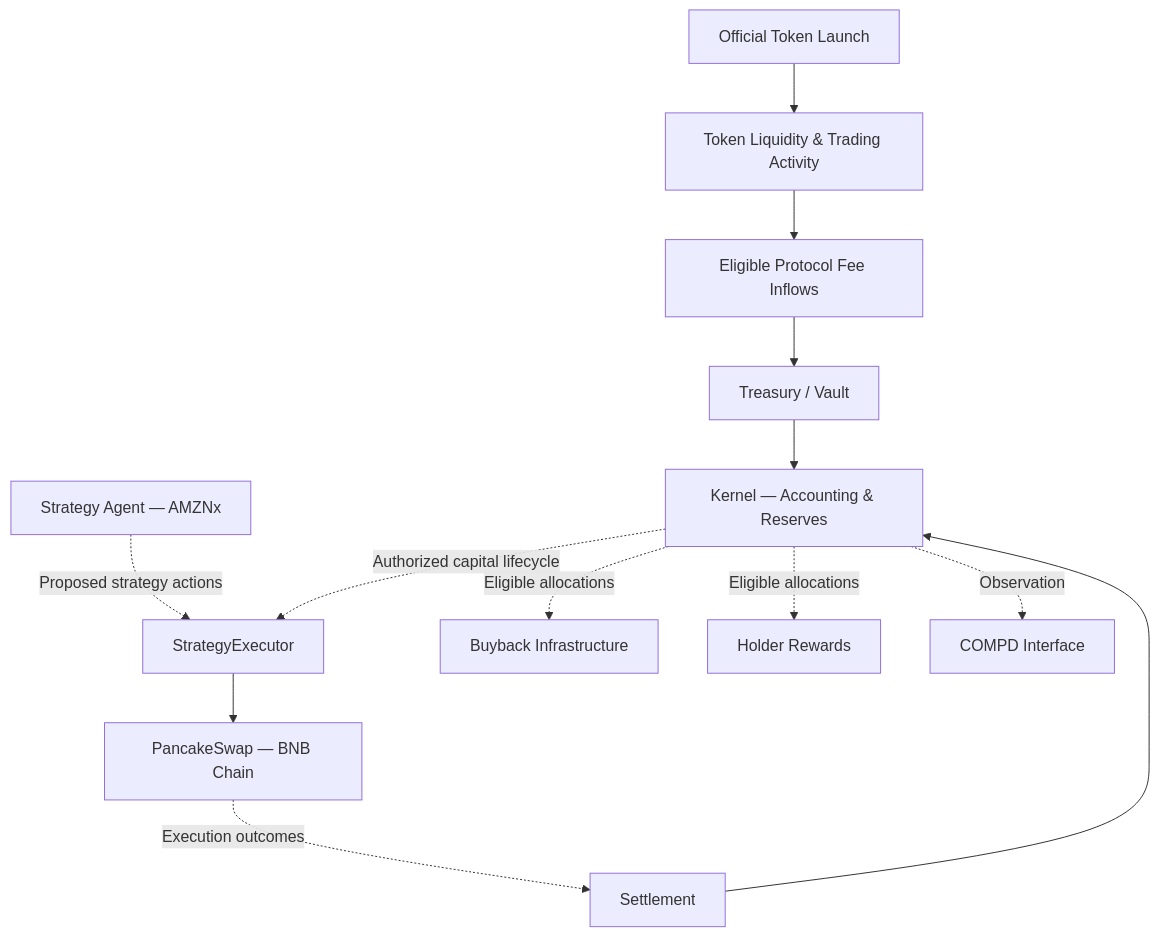
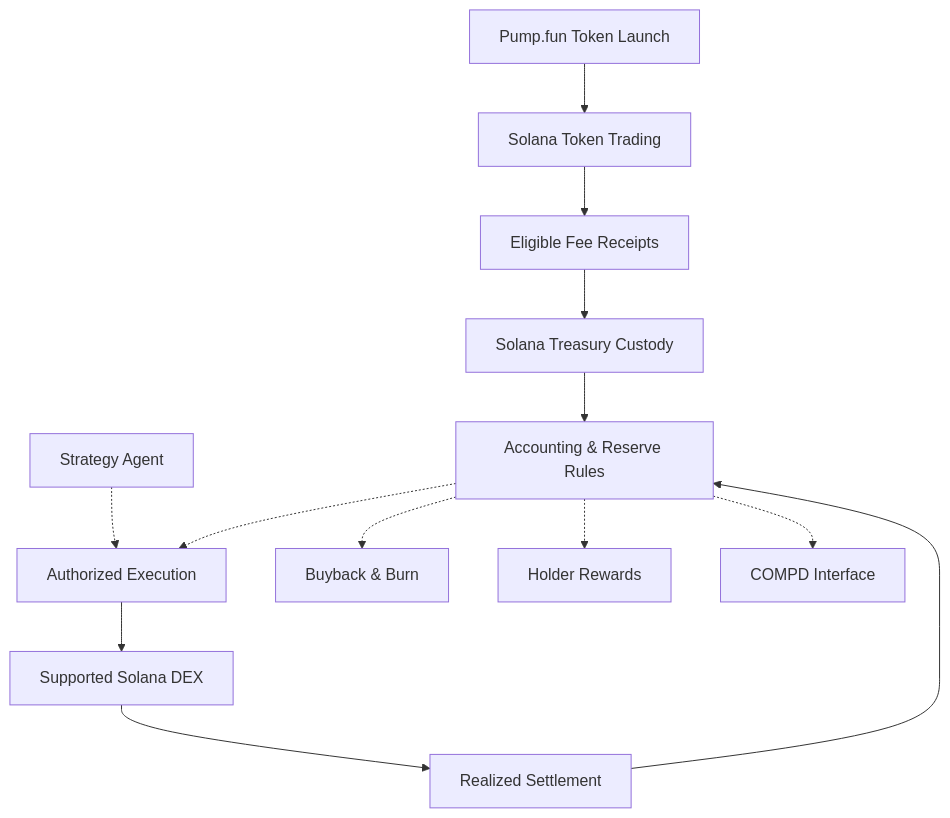
Before and after one commit to CompdProtocol/CompdProtocol: the first of 2 diagrams in README.md, drawn with Mermaid. The commit also changed other lines of this file, not shown here.

````diff
--- a/README.md
+++ b/README.md
@@ -89,28 +46,15 @@
 ```mermaid
 flowchart TD
-    A["Official Token Launch"]
-    B["Token Liquidity & Trading Activity"]
-    C["Eligible Protocol Fee Inflows"]
-    D["Treasury / Vault"]
-    E["Kernel — Accounting & Reserves"]
-    F["Strategy Agent — AMZNx"]
-    G["StrategyExecutor"]
-    H["PancakeSwap — BNB Chain"]
-    I["Settlement"]
-    J["Buyback Infrastructure"]
-    K["Holder Rewards"]
-    L["COMPD Interface"]
-
-    A --> B
-    B --> C
-    C --> D
-    D --> E
-    F -.->|"Proposed strategy actions"| G
-    E -.->|"Authorized capital lifecycle"| G
-    G --> H
-    H -.->|"Execution outcomes"| I
+    A["Pump.fun Token Launch"] --> B["Solana Token Trading"]
+    B --> C["Eligible Fee Receipts"]
+    C --> D["Solana Treasury Custody"]
+    D --> E["Accounting & Reserve Rules"]
+    F["Strategy Agent"] -.-> G["Authorized Execution"]
+    E -.-> G
+    G --> H["Supported Solana DEX"]
+    H --> I["Realized Settlement"]
     I --> E
-    E -.->|"Eligible allocations"| J
-    E -.->|"Eligible allocations"| K
-    E -.->|"Observation"| L
+    E -.-> J["Buyback & Burn"]
+    E -.-> K["Holder Rewards"]
+    E -.-> L["COMPD Interface"]
 ```
````
